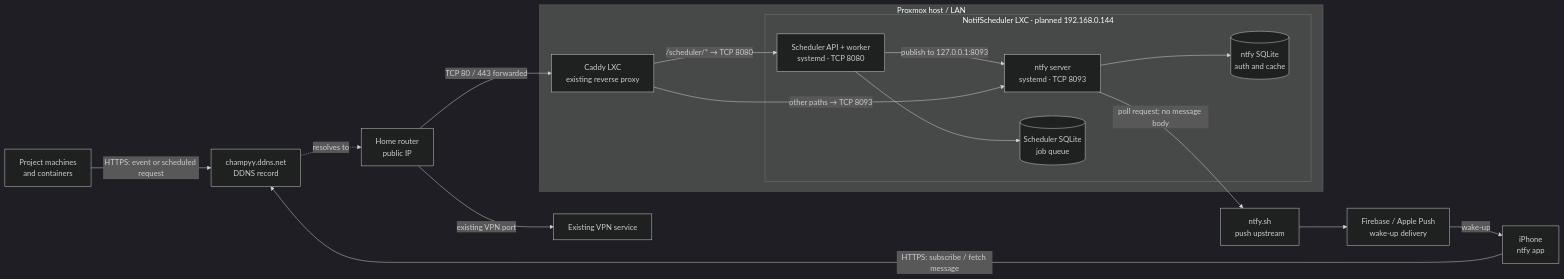
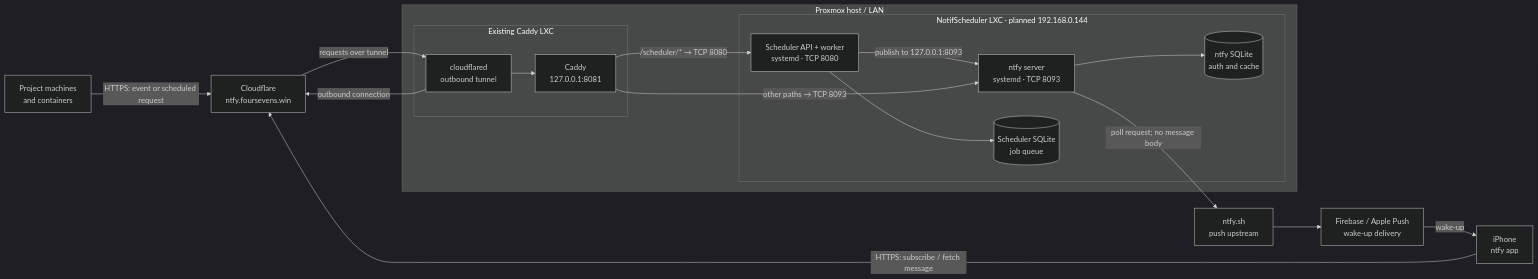
The diagram in NETWORK.md (FourtySevens/Noti-Suite), drawn with Mermaid (dark theme) before and after one commit. The commit also changed other lines of this file and 6 other files, not shown here.

````diff
--- a/NETWORK.md
+++ b/NETWORK.md
@@ -3,34 +3,35 @@
 ```mermaid
 flowchart LR
     Projects[Project machines<br/>and containers]
     Phone[iPhone<br/>ntfy app]
-    DNS[champyy.ddns.net<br/>DDNS record]
-    Router[Home router<br/>public IP]
-    VPN[Existing VPN service]
+    Edge[Cloudflare<br/>ntfy.foursevens.win]
     Push[ntfy.sh<br/>push upstream]
     APNS[Firebase / Apple Push<br/>wake-up delivery]
 
     subgraph Proxmox[Proxmox host / LAN]
-        Caddy[Caddy LXC<br/>existing reverse proxy]
+        subgraph ProxyLXC[Existing Caddy LXC]
+            Tunnel[cloudflared<br/>outbound tunnel]
+            Caddy[Caddy<br/>127.0.0.1:8081]
+            Tunnel --> Caddy
+        end
         subgraph AppLXC[NotifScheduler LXC · planned 192.168.0.144]
             API[Scheduler API + worker<br/>systemd · TCP 8080]
             Ntfy[ntfy server<br/>systemd · TCP 8093]
             Jobs[(Scheduler SQLite<br/>job queue)]
             NData[(ntfy SQLite<br/>auth and cache)]
             API -->|publish to 127.0.0.1:8093| Ntfy
             API --> Jobs
             Ntfy --> NData
         end
     end
 
-    Projects -->|HTTPS: event or scheduled request| DNS
-    Phone -->|HTTPS: subscribe / fetch message| DNS
-    DNS -.->|resolves to| Router
-    Router -->|TCP 80 / 443 forwarded| Caddy
-    Router -->|existing VPN port| VPN
+    Projects -->|HTTPS: event or scheduled request| Edge
+    Phone -->|HTTPS: subscribe / fetch message| Edge
+    Tunnel -->|outbound connection| Edge
+    Edge -->|requests over tunnel| Tunnel
     Caddy -->|/scheduler/* → TCP 8080| API
     Caddy -->|other paths → TCP 8093| Ntfy
     Ntfy -->|poll request; no message body| Push
     Push --> APNS
     APNS -->|wake-up| Phone
 ```
````
